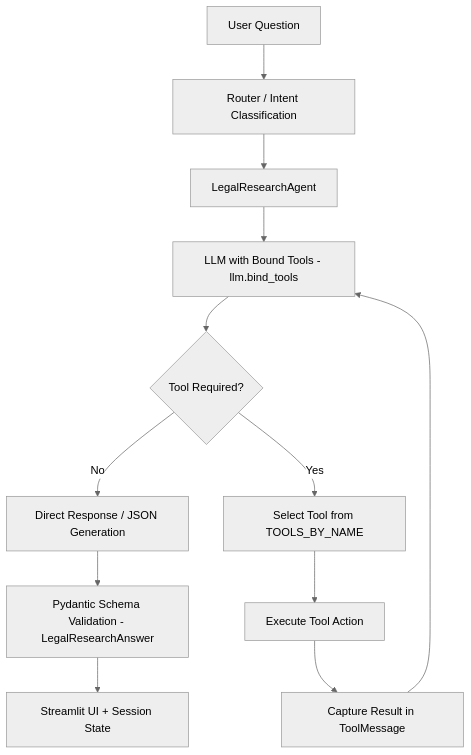
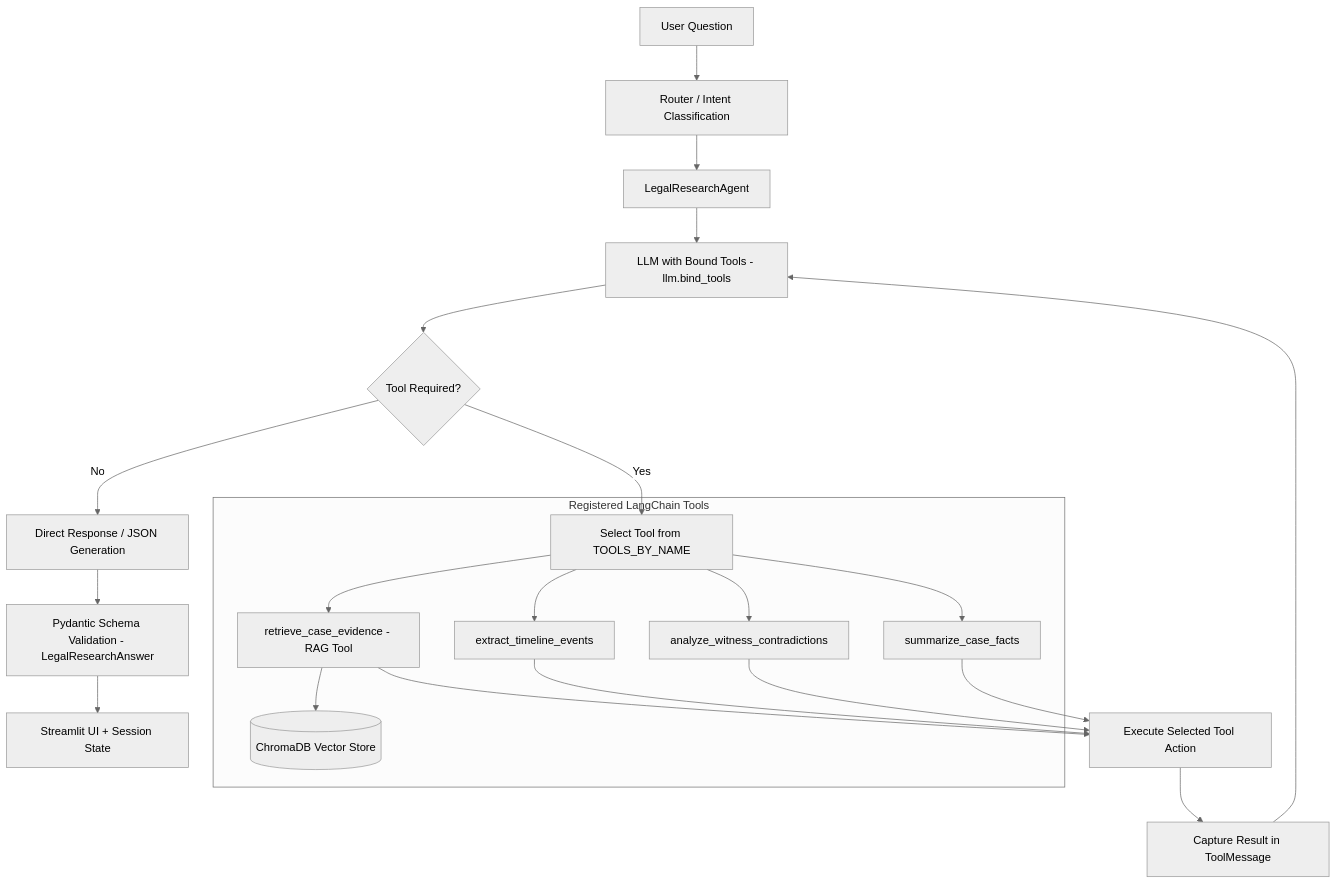
One commit to SathOps/Crime-Scene-Investigation-RAG changed the first of 2 diagrams in README.md. Above: the diagram before and after it, drawn with Mermaid (neutral theme). The commit also changed other lines of this file, not shown here.

Commit message:
docs: update architecture diagrams in README to explicitly show RAG Tool execution

````diff
--- a/README.md
+++ b/README.md
@@ -258,15 +258,28 @@
 ```mermaid
 flowchart TD
     A[User Question] --> B[Router / Intent Classification]
     B --> C[LegalResearchAgent]
     C --> D[LLM with Bound Tools - llm.bind_tools]
     D --> E{Tool Required?}
 
     E -->|No| F[Direct Response / JSON Generation]
     E -->|Yes| G[Select Tool from TOOLS_BY_NAME]
-    G --> H[Execute Tool Action]
+    
+    subgraph Registered LangChain Tools
+        G --> T1[retrieve_case_evidence - RAG Tool]
+        G --> T2[extract_timeline_events]
+        G --> T3[analyze_witness_contradictions]
+        G --> T4[summarize_case_facts]
+        T1 --> VectorStore[(ChromaDB Vector Store)]
+    end
+
+    T1 --> H[Execute Selected Tool Action]
+    T2 --> H
+    T3 --> H
+    T4 --> H
+
     H --> I[Capture Result in ToolMessage]
     I --> D
     F --> J[Pydantic Schema Validation - LegalResearchAnswer]
     J --> K[Streamlit UI + Session State]
 ```
````
